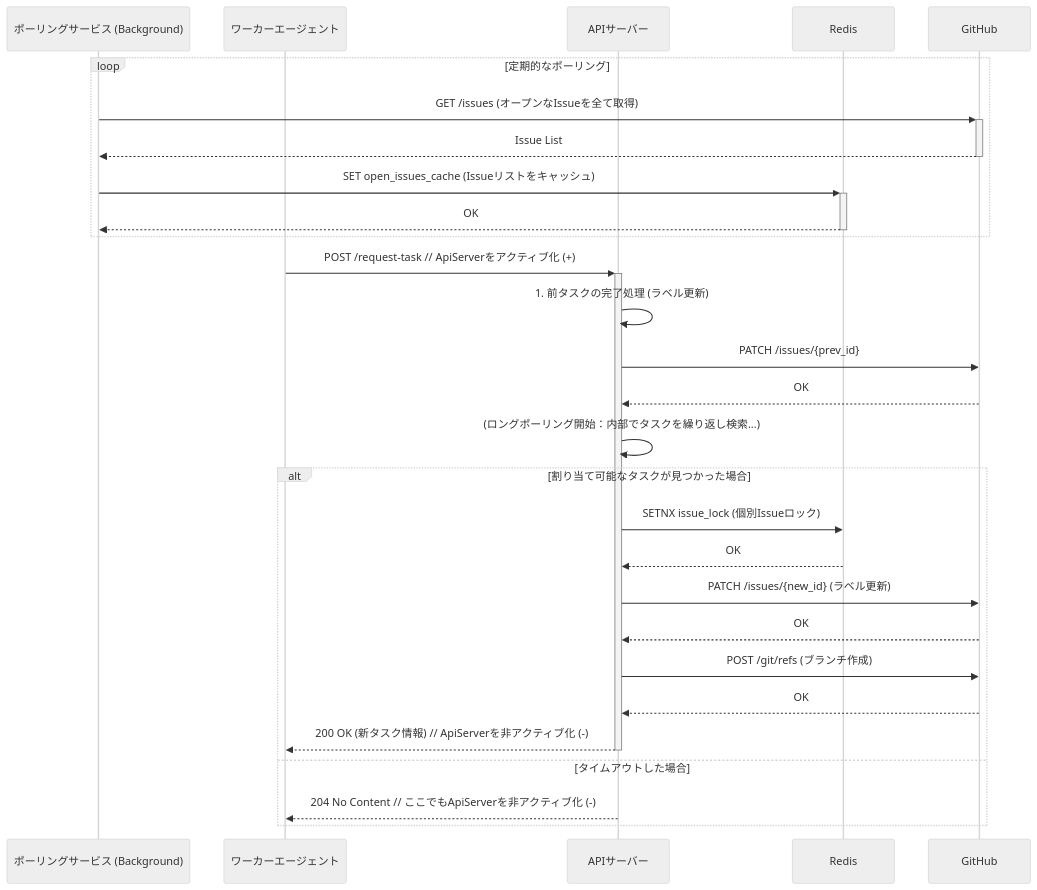
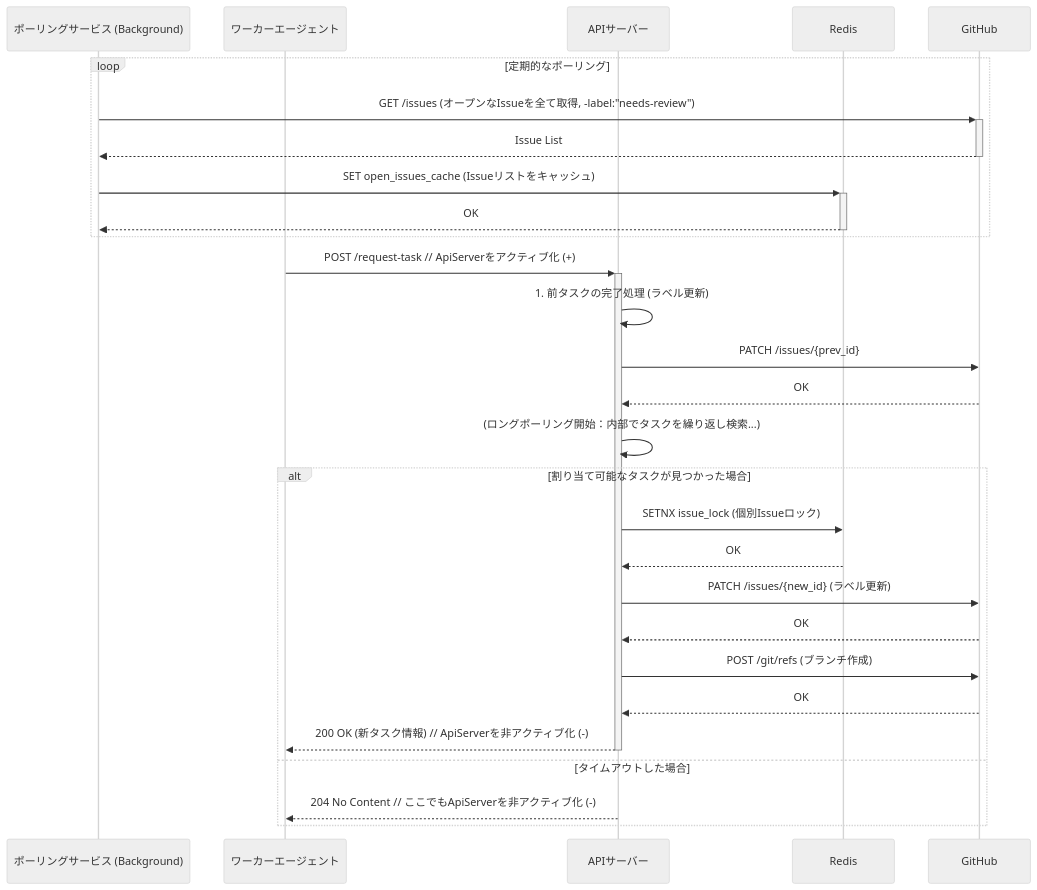
The second of 2 diagrams in docs/architecture/system_context.md (masa-codehub/github_broker), drawn with Mermaid (neutral theme) before and after one commit. The commit also changed other lines of this file, not shown here.

````diff
--- a/docs/architecture/system_context.md
+++ b/docs/architecture/system_context.md
@@ -165,34 +169,34 @@
 ```mermaid
 sequenceDiagram
     participant PollingService as ポーリングサービス (Background)
     participant Worker as ワーカーエージェント
     participant ApiServer as APIサーバー
     participant Redis
     participant GitHub
 
     loop 定期的なポーリング
-        PollingService->>+GitHub: GET /issues (オープンなIssueを全て取得)
+        PollingService->>+GitHub: GET /issues (オープンなIssueを全て取得, -label:"needs-review")
         GitHub-->>-PollingService: Issue List
         PollingService->>+Redis: SET open_issues_cache (Issueリストをキャッシュ)
         Redis-->>-PollingService: OK
     end
 
     Worker->>+ApiServer: POST /request-task // ApiServerをアクティブ化 (+)
     ApiServer->>ApiServer: 1. 前タスクの完了処理 (ラベル更新)
     ApiServer->>GitHub: PATCH /issues/{prev_id}
     GitHub-->>ApiServer: OK
 
     ApiServer->>ApiServer: (ロングポーリング開始：内部でタスクを繰り返し検索...)
 
     alt 割り当て可能なタスクが見つかった場合
         ApiServer->>Redis: SETNX issue_lock (個別Issueロック)
         Redis-->>ApiServer: OK
         ApiServer->>GitHub: PATCH /issues/{new_id} (ラベル更新)
         GitHub-->>ApiServer: OK
         ApiServer->>GitHub: POST /git/refs (ブランチ作成)
         GitHub-->>ApiServer: OK
         ApiServer-->>-Worker: 200 OK (新タスク情報) // ApiServerを非アクティブ化 (-)
     else タイムアウトした場合
         ApiServer-->>Worker: 204 No Content // ここでもApiServerを非アクティブ化 (-)
     end
 ```
````
